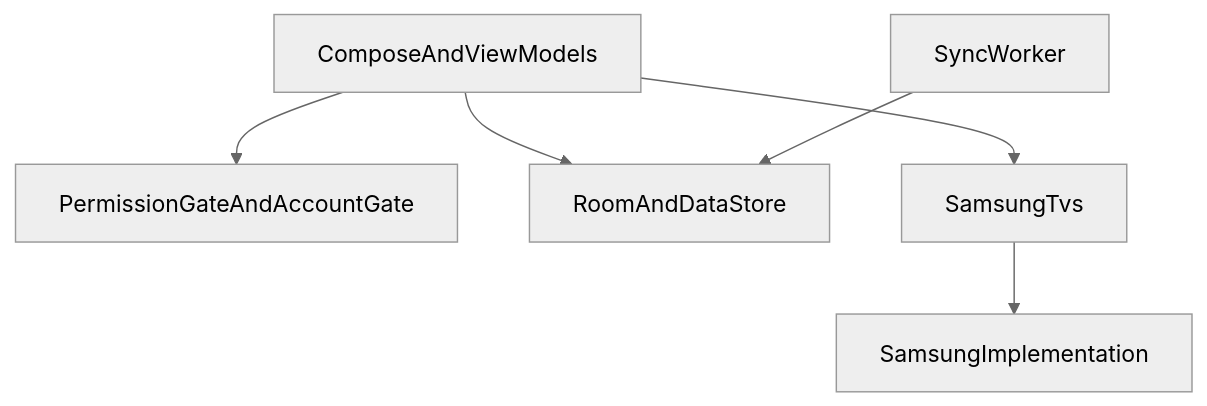
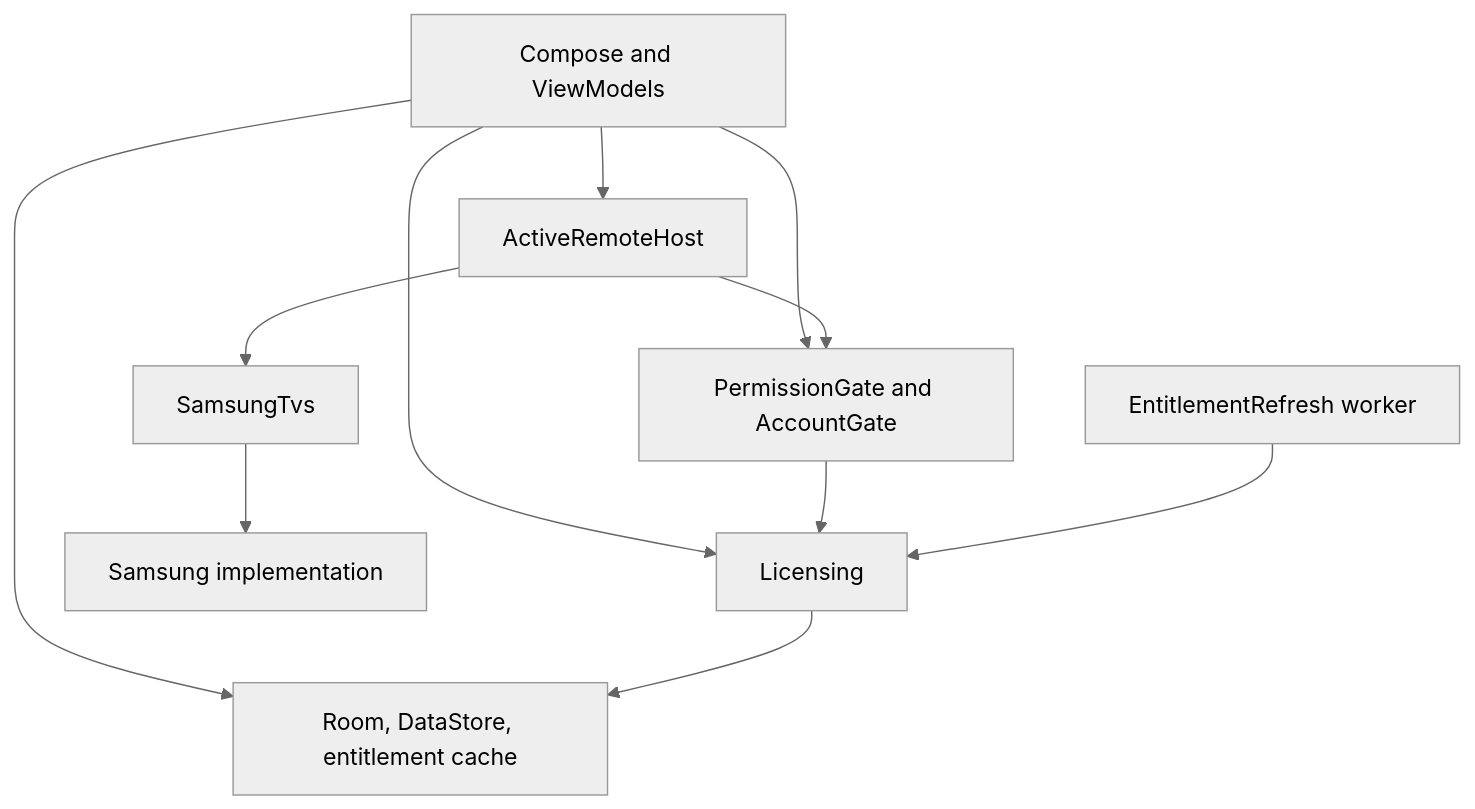
One commit to anthracite-labs/AppT changed the second of 2 diagrams in docs/architecture/modules.md. Above: the diagram before and after it, drawn with Mermaid (neutral theme). The commit also changed other lines of this file and 21 other files, not shown here.

First line of the commit message:
Complete V1 architecture closure and rebuild the implementation slice map

````diff
--- a/docs/architecture/modules.md
+++ b/docs/architecture/modules.md
@@ -75,14 +102,21 @@
 ```mermaid
 flowchart TD
-  ui[ComposeAndViewModels]
-  gates[PermissionGateAndAccountGate]
-  local[RoomAndDataStore]
-  sync[SyncWorker]
-  iface[SamsungTvs]
-  impl[SamsungImplementation]
+  ui["Compose and ViewModels"]
+  gates["PermissionGate and AccountGate"]
+  host["ActiveRemoteHost"]
+  local["Room, DataStore, entitlement cache"]
+  licensing["Licensing"]
+  work["EntitlementRefresh worker"]
+  iface["SamsungTvs"]
+  impl["Samsung implementation"]
   ui --> gates
   ui --> local
-  ui --> iface
-  sync --> local
+  ui --> licensing
+  ui --> host
+  gates --> licensing
+  host --> gates
+  host --> iface
+  licensing --> local
+  work --> licensing
   iface --> impl
 ```
````
